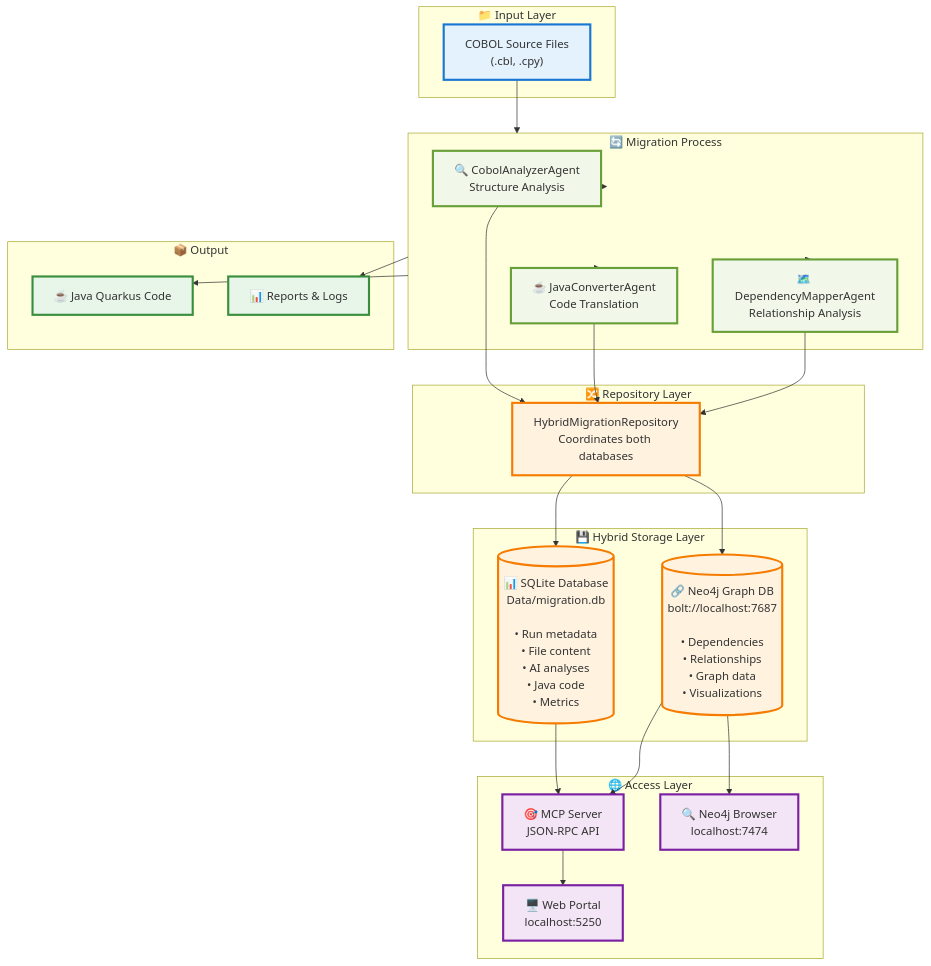
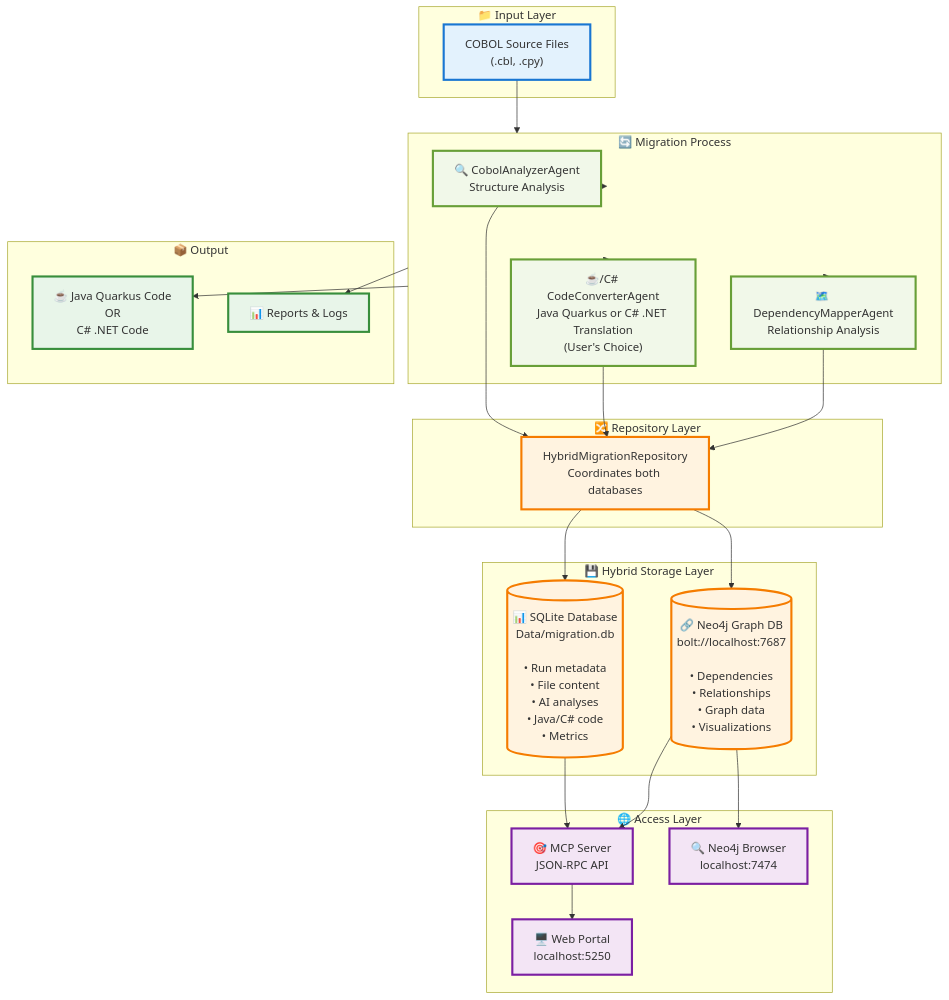
The first of 4 diagrams in README.md (Azure-Samples/Legacy-Modernization-Agents), drawn with Mermaid before and after one commit. The commit also changed other lines of this file and 40 other files, not shown here.

````diff
--- a/README.md
+++ b/README.md
@@ -250,65 +426,65 @@
 ```mermaid
 flowchart TB
     subgraph INPUT["📁 Input Layer"]
         COBOL["COBOL Source Files<br/>(.cbl, .cpy)"]
     end
     
     subgraph PROCESS["🔄 Migration Process"]
         ANALYZER["🔍 CobolAnalyzerAgent<br/>Structure Analysis"]
-        CONVERTER["☕ JavaConverterAgent<br/>Code Translation"]
+        CONVERTER["☕/C# CodeConverterAgent<br/>Java Quarkus or C# .NET Translation<br/>(User's Choice)"]
         MAPPER["🗺️ DependencyMapperAgent<br/>Relationship Analysis"]
     end
     
     subgraph STORAGE["💾 Hybrid Storage Layer"]
-        SQLITE[("📊 SQLite Database<br/>Data/migration.db<br/><br/>• Run metadata<br/>• File content<br/>• AI analyses<br/>• Java code<br/>• Metrics")]
+        SQLITE[("📊 SQLite Database<br/>Data/migration.db<br/><br/>• Run metadata<br/>• File content<br/>• AI analyses<br/>• Java/C# code<br/>• Metrics")]
         NEO4J[("🔗 Neo4j Graph DB<br/>bolt://localhost:7687<br/><br/>• Dependencies<br/>• Relationships<br/>• Graph data<br/>• Visualizations")]
     end
     
     subgraph REPO["🔀 Repository Layer"]
         HYBRID["HybridMigrationRepository<br/>Coordinates both databases"]
     end
     
     subgraph ACCESS["🌐 Access Layer"]
         MCP["🎯 MCP Server<br/>JSON-RPC API"]
         PORTAL["🖥️ Web Portal<br/>localhost:5250"]
         BROWSER["🔍 Neo4j Browser<br/>localhost:7474"]
     end
     
     subgraph OUTPUT["📦 Output"]
-        JAVA["☕ Java Quarkus Code"]
+        JAVA["☕ Java Quarkus Code<br/>OR<br/>C# .NET Code"]
         REPORTS["📊 Reports & Logs"]
     end
     
     COBOL --> PROCESS
     PROCESS --> ANALYZER
     PROCESS --> CONVERTER
     PROCESS --> MAPPER
     
     ANALYZER --> HYBRID
     CONVERTER --> HYBRID
     MAPPER --> HYBRID
     
     HYBRID --> SQLITE
     HYBRID --> NEO4J
     
     SQLITE --> MCP
     NEO4J --> MCP
     NEO4J --> BROWSER
     
     MCP --> PORTAL
     
     PROCESS --> JAVA
     PROCESS --> REPORTS
     
     classDef inputStyle fill:#e3f2fd,stroke:#1976d2,stroke-width:3px
     classDef processStyle fill:#f1f8e9,stroke:#689f38,stroke-width:3px
     classDef storageStyle fill:#fff3e0,stroke:#f57c00,stroke-width:3px
     classDef accessStyle fill:#f3e5f5,stroke:#7b1fa2,stroke-width:3px
     classDef outputStyle fill:#e8f5e9,stroke:#388e3c,stroke-width:3px
     
     class COBOL inputStyle
     class ANALYZER,CONVERTER,MAPPER processStyle
     class SQLITE,NEO4J,HYBRID storageStyle
     class MCP,PORTAL,BROWSER accessStyle
     class JAVA,REPORTS outputStyle
 ```
````
